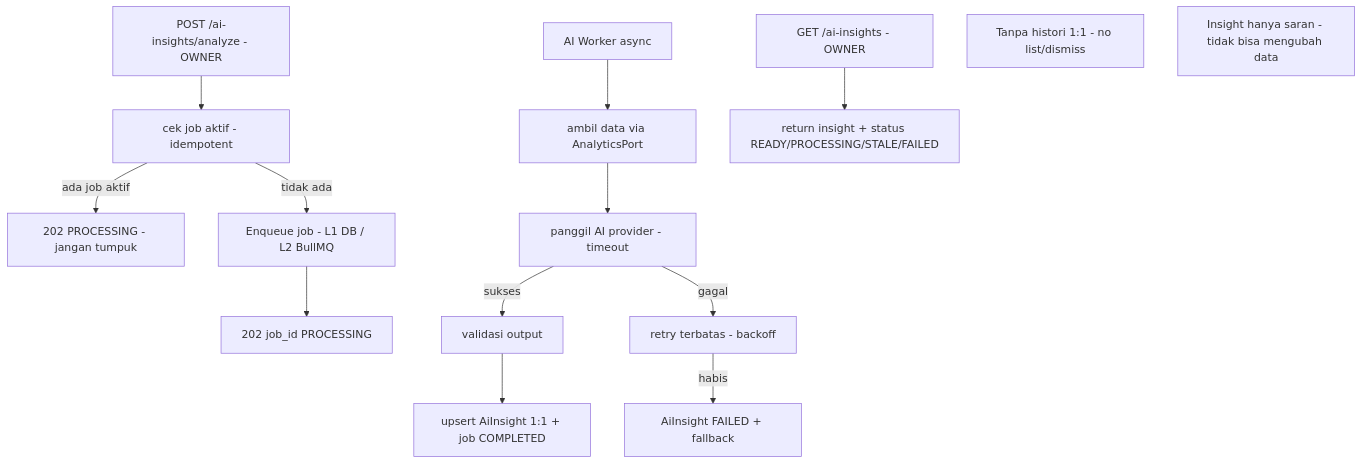
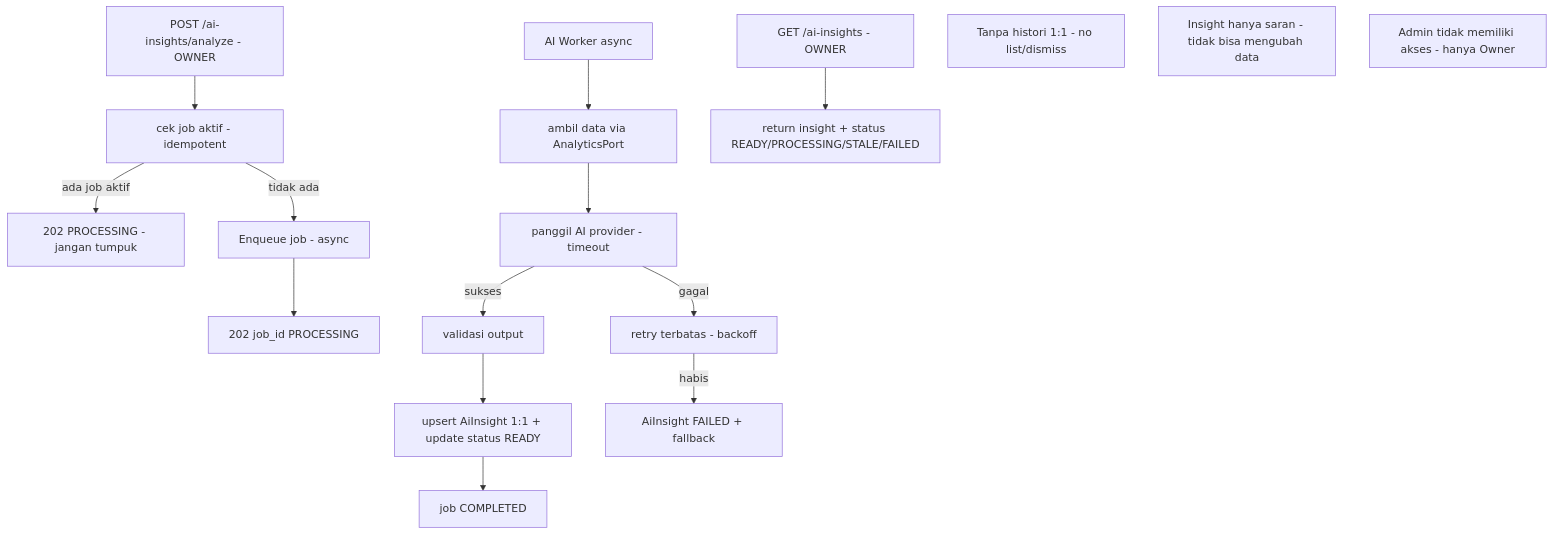
Before and after one commit to TeamOneee/pos-project-be: diagram 20 of 21 in docs/system-flow.md, drawn with Mermaid. The commit also changed other lines of this file and 9 other files, not shown here.

````diff
--- a/docs/system-flow.md
+++ b/docs/system-flow.md
@@ -397,19 +466,21 @@
 ```mermaid
 flowchart TD
     ANA[POST /ai-insights/analyze - OWNER] --> CK[cek job aktif - idempotent]
-    CK -->|ada job aktif| 202[202 PROCESSING - jangan tumpuk]
-    CK -->|tidak ada| ENQ[Enqueue job - L1 DB / L2 BullMQ]
+    CK -->|ada job aktif| ACC[202 PROCESSING - jangan tumpuk]
+    CK -->|tidak ada| ENQ[Enqueue job - async]
     ENQ --> R[202 job_id PROCESSING]
 
     W[AI Worker async] --> DA[ambil data via AnalyticsPort]
     DA --> CALL[panggil AI provider - timeout]
     CALL -->|sukses| VAL[validasi output]
-    VAL --> UPS[upsert AiInsight 1:1 + job COMPLETED]
+    VAL --> UPS[upsert AiInsight 1:1 + update status READY]
+    UPS --> DONE[job COMPLETED]
     CALL -->|gagal| RETRY[retry terbatas - backoff]
     RETRY -->|habis| FAIL[AiInsight FAILED + fallback]
 
     GET[GET /ai-insights - OWNER] --> S[return insight + status READY/PROCESSING/STALE/FAILED]
 
     NOTE[Tanpa histori 1:1 - no list/dismiss]
     NOTE2[Insight hanya saran - tidak bisa mengubah data]
+    ADMIN[Admin tidak memiliki akses - hanya Owner]
 ```
````
